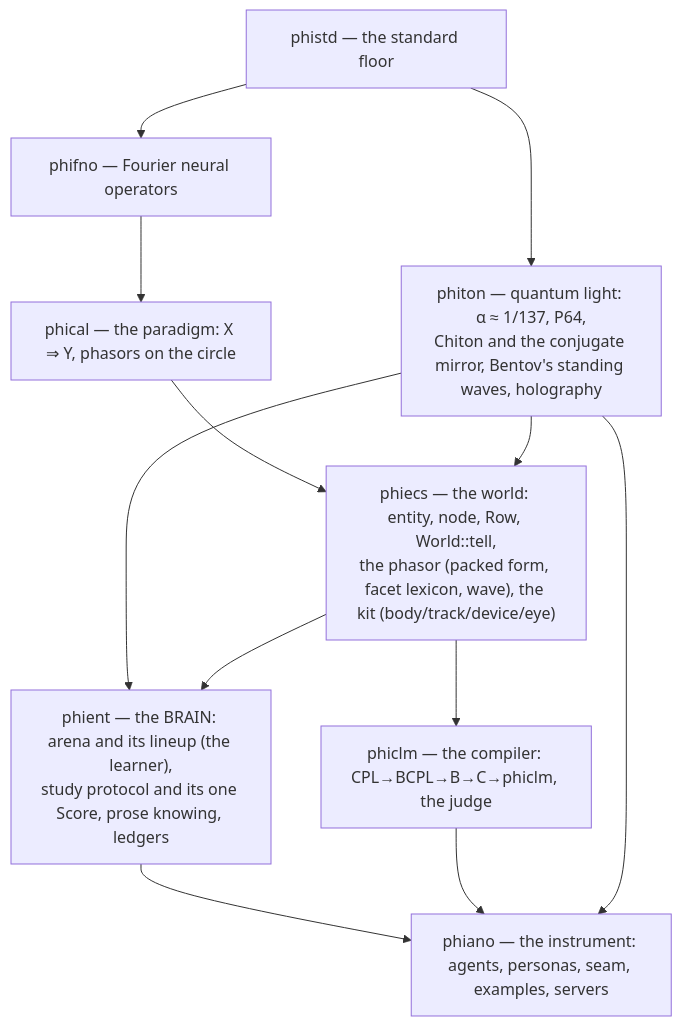
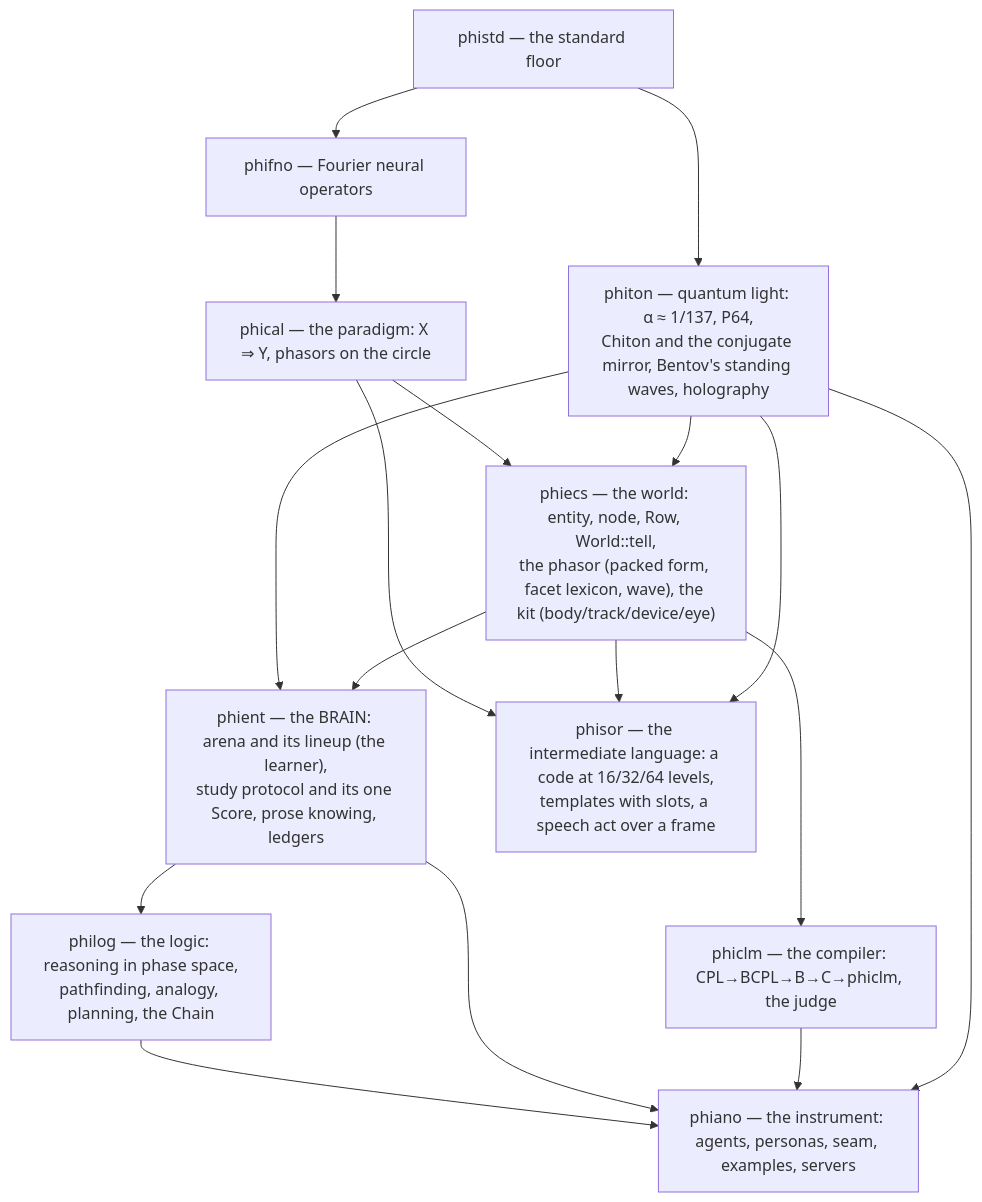
The first of 5 diagrams in ARCHITECTURE.md (gemphi/phinet), drawn with Mermaid before and after one commit. The commit also changed other lines of this file and 111 other files, not shown here.

First line of the commit message:
Two new crates, philog and phisor; the calculations land in phical and phistd

````diff
--- a/ARCHITECTURE.md
+++ b/ARCHITECTURE.md
@@ -5,21 +5,28 @@
 ```mermaid
 graph TD
     phistd["phistd — the standard floor"]
     phifno["phifno — Fourier neural operators"]
     phical["phical — the paradigm: X ⇒ Y, phasors on the circle"]
     phiecs["phiecs — the world: entity, node, Row, World::tell,<br/>the phasor (packed form, facet lexicon, wave), the kit (body/track/device/eye)"]
     phient["phient — the BRAIN: arena and its lineup (the learner),<br/>study protocol and its one Score, prose knowing, ledgers"]
     phiclm["phiclm — the compiler: CPL→BCPL→B→C→phiclm, the judge"]
     phiton["phiton — quantum light: α ≈ 1/137, P64,<br/>Chiton and the conjugate mirror, Bentov's standing waves, holography"]
+    philog["philog — the logic: reasoning in phase space,<br/>pathfinding, analogy, planning, the Chain"]
+    phisor["phisor — the intermediate language: a code at 16/32/64 levels,<br/>templates with slots, a speech act over a frame"]
     phiano["phiano — the instrument: agents, personas, seam, examples, servers"]
 
     phistd --> phifno --> phical --> phiecs
     phistd --> phiton
     phiton --> phiecs
     phiton --> phient
     phiecs --> phient
     phiecs --> phiclm
+    phient --> philog
+    philog --> phiano
     phient --> phiano
     phiclm --> phiano
     phiton --> phiano
+    phical --> phisor
+    phiecs --> phisor
+    phiton --> phisor
 ```
````
